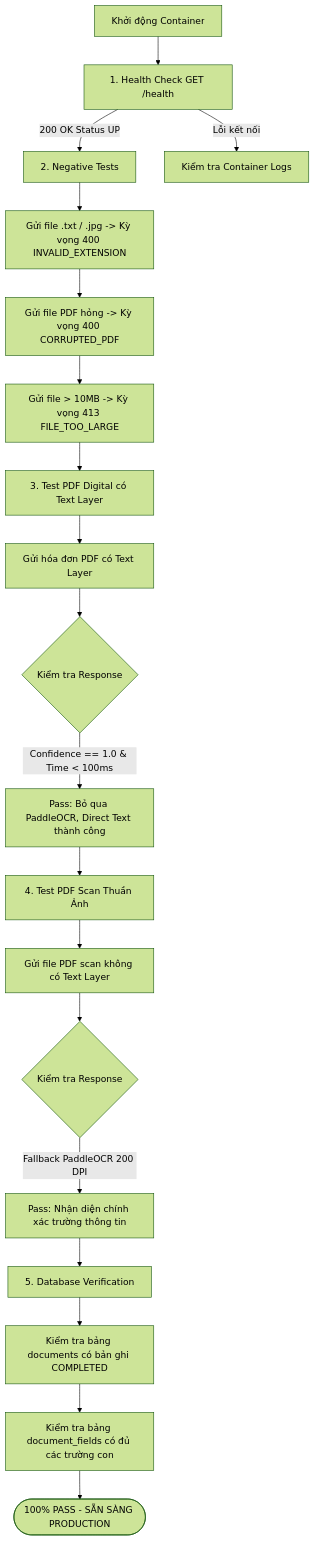
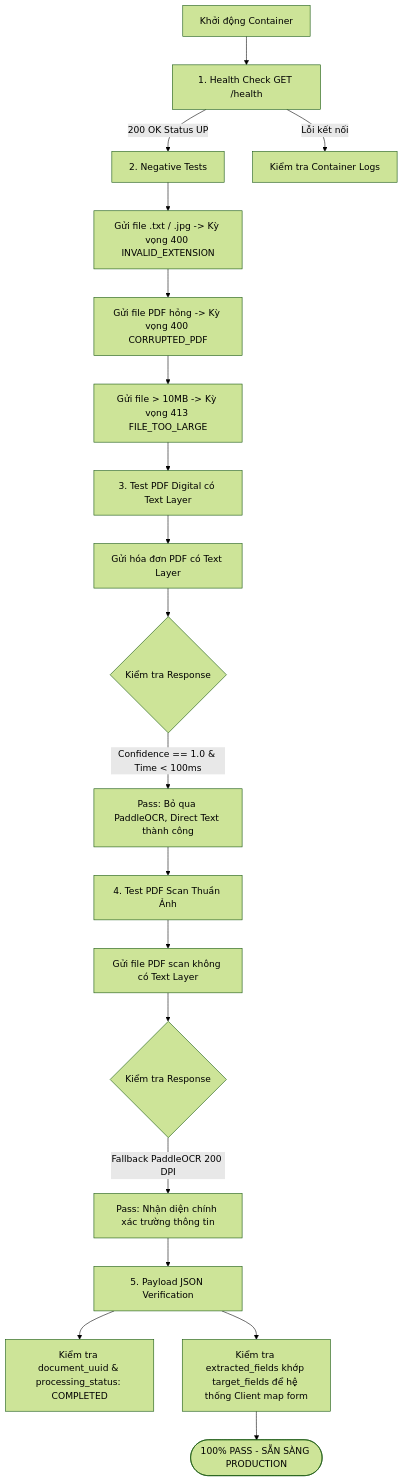
Before and after one commit to dreayrt/OCR: the diagram in docs/TEST_FLOW.md, drawn with Mermaid (forest theme). The commit also changed other lines of this file and 28 other files, not shown here.

````diff
--- a/docs/TEST_FLOW.md
+++ b/docs/TEST_FLOW.md
@@ -9,25 +9,25 @@
 ```mermaid
 flowchart TD
     A[Khởi động Container] --> B[1. Health Check GET /health]
     B -->|200 OK Status UP| C[2. Negative Tests]
     B -->|Lỗi kết nối| Err1[Kiểm tra Container Logs]
 
     C --> C1[Gửi file .txt / .jpg -> Kỳ vọng 400 INVALID_EXTENSION]
     C1 --> C2[Gửi file PDF hỏng -> Kỳ vọng 400 CORRUPTED_PDF]
     C2 --> C3[Gửi file > 10MB -> Kỳ vọng 413 FILE_TOO_LARGE]
     C3 --> D[3. Test PDF Digital có Text Layer]
 
     D --> D1[Gửi hóa đơn PDF có Text Layer]
     D1 --> D2{Kiểm tra Response}
     D2 -->|Confidence == 1.0 & Time < 100ms| D3[Pass: Bỏ qua PaddleOCR, Direct Text thành công]
     
     D3 --> E[4. Test PDF Scan Thuần Ảnh]
     E --> E1[Gửi file PDF scan không có Text Layer]
     E1 --> E2{Kiểm tra Response}
     E2 -->|Fallback PaddleOCR 200 DPI| E3[Pass: Nhận diện chính xác trường thông tin]
 
-    E3 --> F[5. Database Verification]
-    F --> F1[Kiểm tra bảng documents có bản ghi COMPLETED]
-    F1 --> F2[Kiểm tra bảng document_fields có đủ các trường con]
+    E3 --> F[5. Payload JSON Verification]
+    F --> F1[Kiểm tra document_uuid & processing_status: COMPLETED]
+    F --> F2[Kiểm tra extracted_fields khớp target_fields để hệ thống Client map form]
     F2 --> Done([100% PASS - SẴN SÀNG PRODUCTION])
 ```
````
